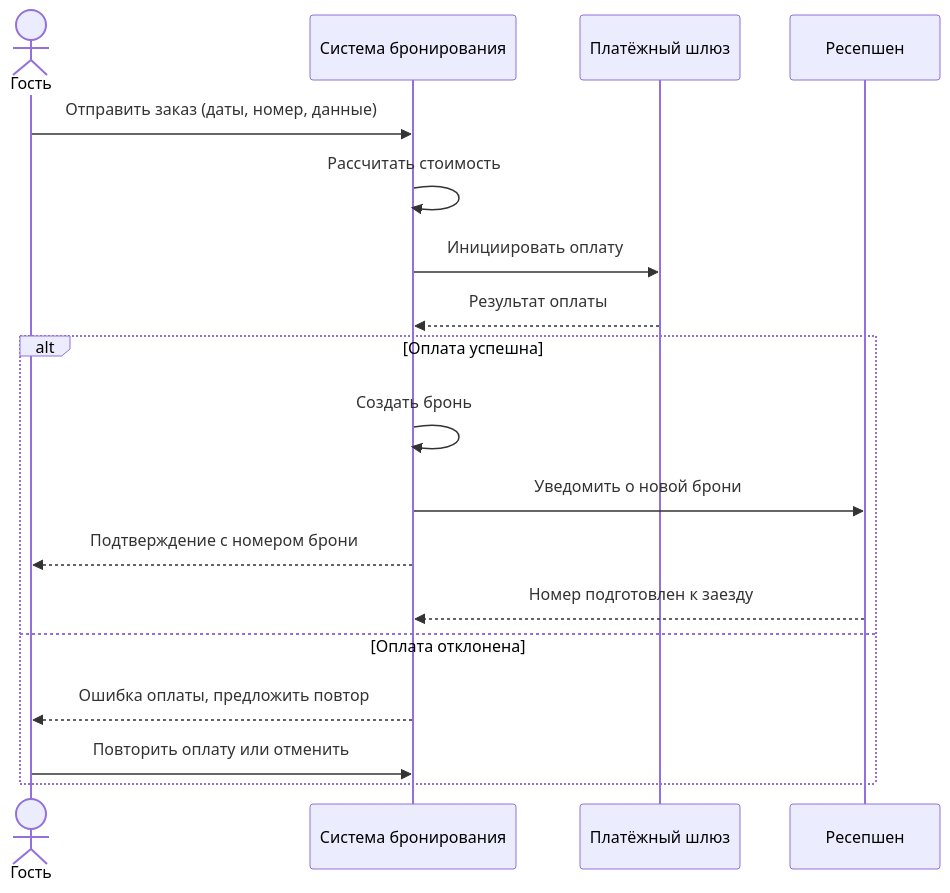
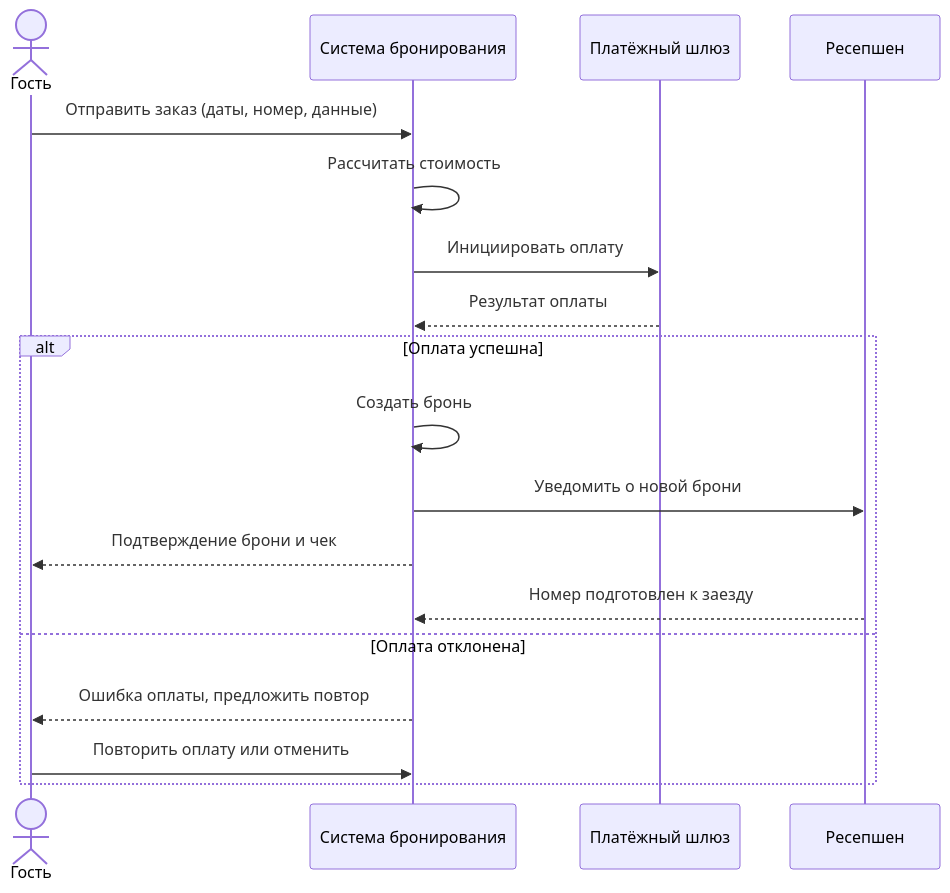
One commit to senkelyv24-create/visual-programming-labs-Senkel changed the diagram in lab1/docs/sequence.md. Above: the diagram before and after it, drawn with Mermaid. The commit also changed other lines of this file and 3 other files, not shown here.

Commit message:
Update Activity and Mermaid diagrams for diff demo

````diff
--- a/lab1/docs/sequence.md
+++ b/lab1/docs/sequence.md
@@ -5,21 +5,21 @@
 ```mermaid
 sequenceDiagram
     actor Guest as Гость
     participant System as Система бронирования
     participant Pay as Платёжный шлюз
     participant Desk as Ресепшен
 
     Guest->>System: Отправить заказ (даты, номер, данные)
     System->>System: Рассчитать стоимость
     System->>Pay: Инициировать оплату
     Pay-->>System: Результат оплаты
     alt Оплата успешна
         System->>System: Создать бронь
         System->>Desk: Уведомить о новой брони
-        System-->>Guest: Подтверждение с номером брони
+        System-->>Guest: Подтверждение брони и чек
         Desk-->>System: Номер подготовлен к заезду
     else Оплата отклонена
         System-->>Guest: Ошибка оплаты, предложить повтор
         Guest->>System: Повторить оплату или отменить
     end
 ```
````
